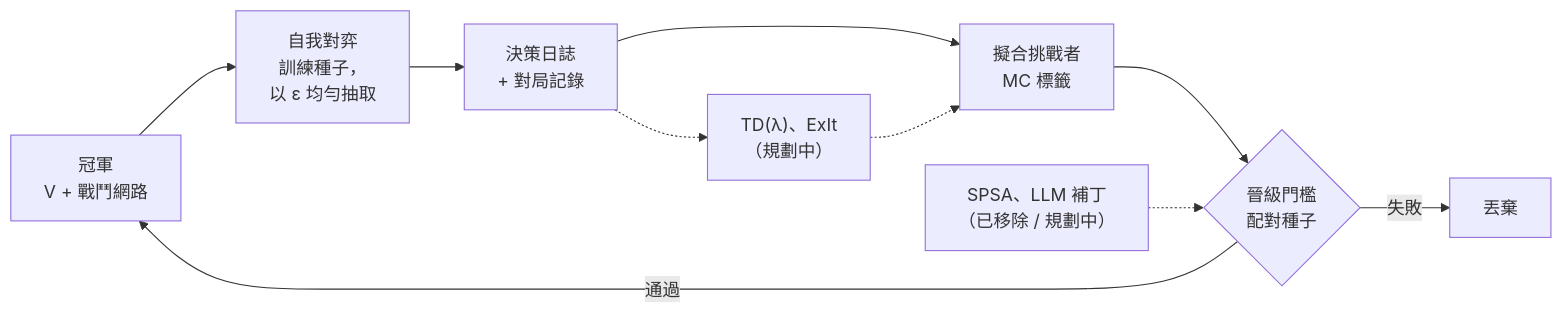
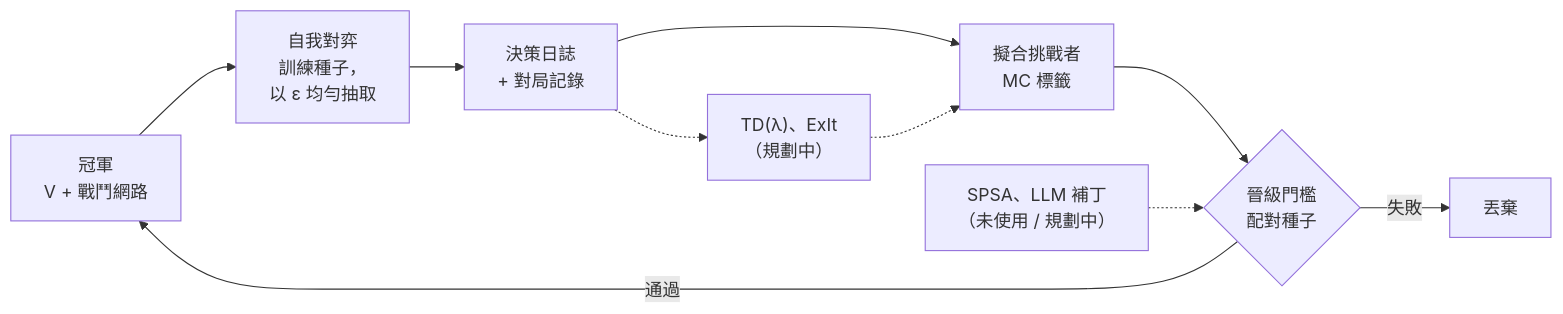
One commit to shinnku-nikaidou/spire-zero changed the diagram in docs/src/content/docs/zh-tw/arch/learning/index.mdx. Above: the diagram before and after it, drawn with Mermaid. The commit also changed other lines of this file and 119 other files, not shown here.

````diff
--- a/docs/src/content/docs/zh-tw/arch/learning/index.mdx
+++ b/docs/src/content/docs/zh-tw/arch/learning/index.mdx
@@ -38,12 +38,12 @@
 ```mermaid
 flowchart LR
   C["冠軍<br/>V + 戰鬥網路"] --> SP["自我對弈<br/>訓練種子，<br/>以 ε 均勻抽取"]
   SP --> D["決策日誌<br/>+ 對局記錄"]
   D --> F["擬合挑戰者<br/>MC 標籤"]
   F --> G{"晉級門檻<br/>配對種子"}
   G -->|"通過"| C
   G -->|"失敗"| X["丟棄"]
   D -.-> TD["TD(λ)、ExIt<br/>（規劃中）"]
   TD -.-> F
-  P["SPSA、LLM 補丁<br/>（已移除 / 規劃中）"] -.-> G
+  P["SPSA、LLM 補丁<br/>（未使用 / 規劃中）"] -.-> G
 ```
````
